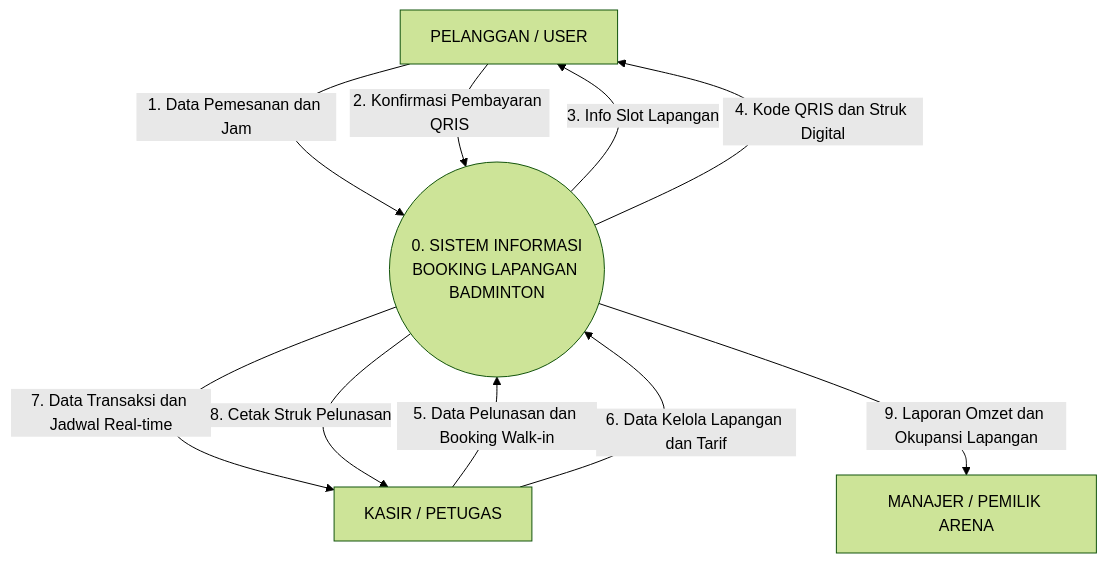
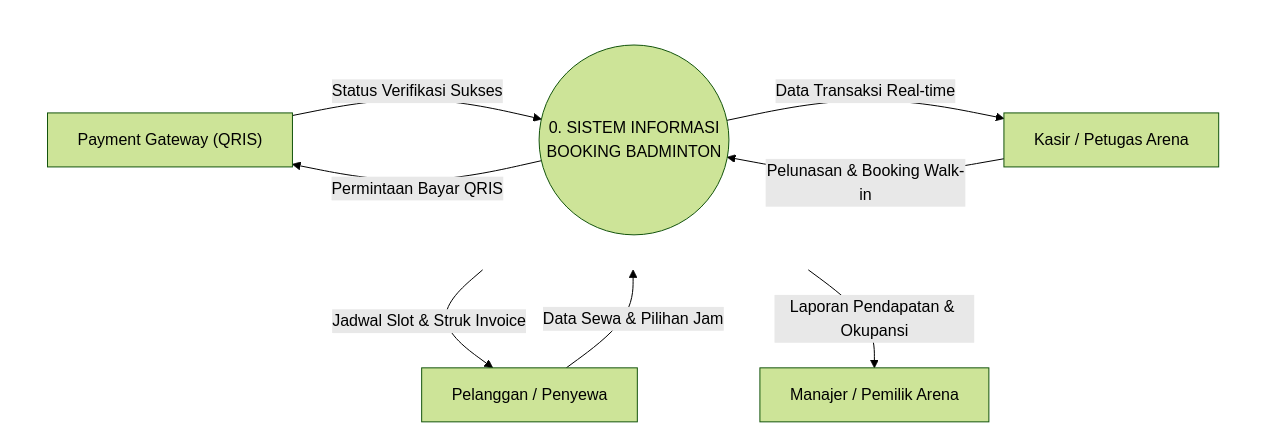
The diagram in CONTEXT_DIAGRAM_UKK.md (HelloRayy/ukk-11-booking-lapangan), drawn with Mermaid (forest theme) before and after one commit. The commit also changed other lines of this file, not shown here.

Commit message:
style: ubah context diagram jadi model kompas 4 arah simetris

````diff
--- a/CONTEXT_DIAGRAM_UKK.md
+++ b/CONTEXT_DIAGRAM_UKK.md
@@ -20,20 +22,34 @@
 ```mermaid
 flowchart TD
-    PELANGGAN[PELANGGAN / USER]
-    KASIR[KASIR / PETUGAS]
-    MANAJER[MANAJER / PEMILIK ARENA]
+    %% 1. POSISI ATAS (NORTH)
+    PELANGGAN["Pelanggan / Penyewa"]
 
-    SISTEM((0. SISTEM INFORMASI<br/>BOOKING LAPANGAN BADMINTON))
+    %% 2. POSISI TENGAH (BARAT - PUSAT - TIMUR)
+    subgraph BARIS_TENGAH[" "]
+        direction LR
+        QRIS["Payment Gateway (QRIS)"]
+        SISTEM(("0. SISTEM INFORMASI<br/>BOOKING BADMINTON"))
+        KASIR["Kasir / Petugas Arena"]
+    end
 
-    PELANGGAN -->|"1. Data Pemesanan dan Jam"| SISTEM
-    PELANGGAN -->|"2. Konfirmasi Pembayaran QRIS"| SISTEM
-    SISTEM -->|"3. Info Slot Lapangan"| PELANGGAN
-    SISTEM -->|"4. Kode QRIS dan Struk Digital"| PELANGGAN
+    %% 3. POSISI BAWAH (SOUTH)
+    MANAJER["Manajer / Pemilik Arena"]
 
-    KASIR -->|"5. Data Pelunasan dan Booking Walk-in"| SISTEM
-    KASIR -->|"6. Data Kelola Lapangan dan Tarif"| SISTEM
-    SISTEM -->|"7. Data Transaksi dan Jadwal Real-time"| KASIR
-    SISTEM -->|"8. Cetak Struk Pelunasan"| KASIR
+    %% HILANGKAN KOTAK CONTAINER BARIS TENGAH (TRANSPARAN)
+    style BARIS_TENGAH fill:none,stroke:none
 
-    SISTEM -->|"9. Laporan Omzet dan Okupansi Lapangan"| MANAJER
+    %% ALIRAN DATA ATAS (PELANGGAN)
+    PELANGGAN -->|"Data Sewa & Pilihan Jam"| SISTEM
+    SISTEM -->|"Jadwal Slot & Struk Invoice"| PELANGGAN
+
+    %% ALIRAN DATA BARAT (QRIS)
+    SISTEM -->|"Permintaan Bayar QRIS"| QRIS
+    QRIS -->|"Status Verifikasi Sukses"| SISTEM
+
+    %% ALIRAN DATA TIMUR (KASIR)
+    KASIR -->|"Pelunasan & Booking Walk-in"| SISTEM
+    SISTEM -->|"Data Transaksi Real-time"| KASIR
+
+    %% ALIRAN DATA BAWAH (MANAJER)
+    SISTEM -->|"Laporan Pendapatan & Okupansi"| MANAJER
 ```
````
